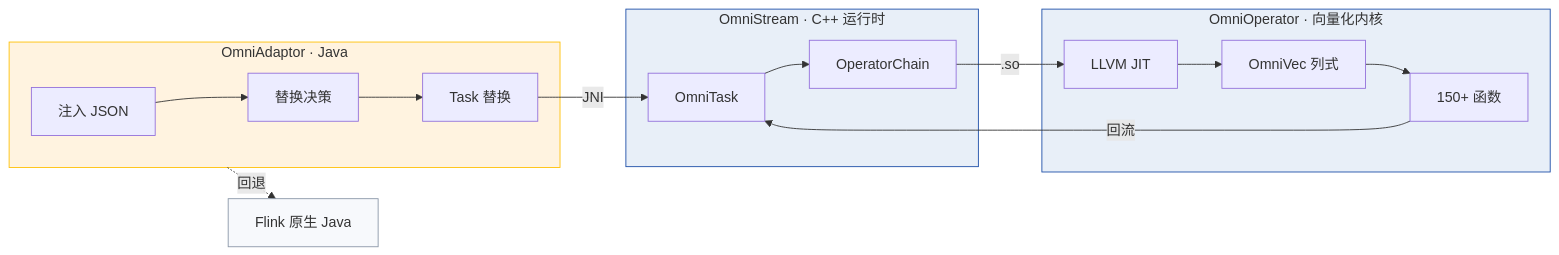
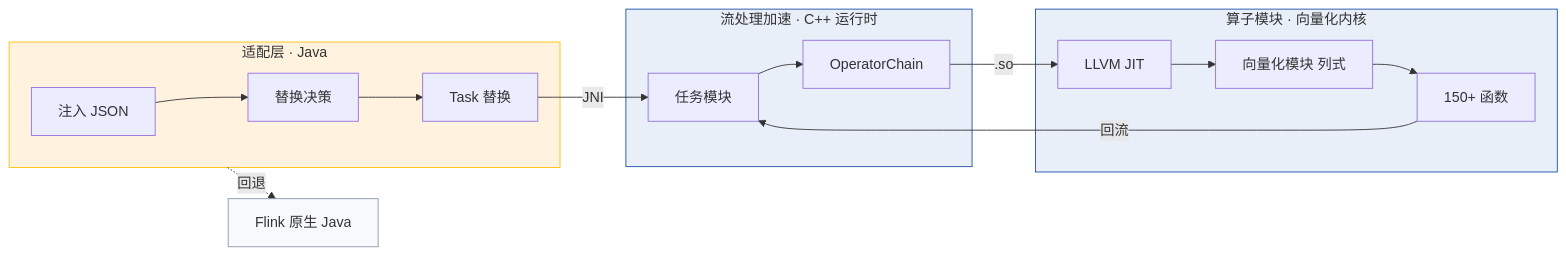
The second of 13 diagrams in manuscript.md (int2t05/internship), drawn with Mermaid before and after one commit. The commit also changed other lines of this file and 7 other files, not shown here.

````diff
--- a/manuscript.md
+++ b/manuscript.md
@@ -152,22 +152,22 @@
 ```mermaid
 flowchart LR
-    subgraph Adaptor["OmniAdaptor · Java"]
+    subgraph Adaptor["适配层 · Java"]
         A1["注入 JSON"] --> A2["替换决策"] --> A3["Task 替换"]
     end
-    subgraph Stream["OmniStream · C++ 运行时"]
-        B1["OmniTask"] --> B2["OperatorChain"]
+    subgraph Stream["流处理加速 · C++ 运行时"]
+        B1["任务模块"] --> B2["OperatorChain"]
     end
-    subgraph Operator["OmniOperator · 向量化内核"]
-        C1["LLVM JIT"] --> C2["OmniVec 列式"] --> C3["150+ 函数"]
+    subgraph Operator["算子模块 · 向量化内核"]
+        C1["LLVM JIT"] --> C2["向量化模块 列式"] --> C3["150+ 函数"]
     end
     A3 -->|JNI| B1
     B2 -->|.so| C1
     C3 -->|回流| B1
     Adaptor -.回退.-> F["Flink 原生 Java"]
     classDef java fill:#FFF3E0,stroke:#FFC107
     classDef cpp fill:#E8EFF8,stroke:#1E4FA8
     classDef fb fill:#F7F9FC,stroke:#8B97A8
     class Adaptor java
     class Stream,Operator cpp
     class F fb
 ```
````
